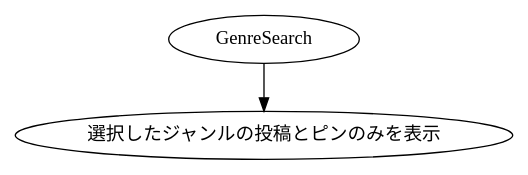
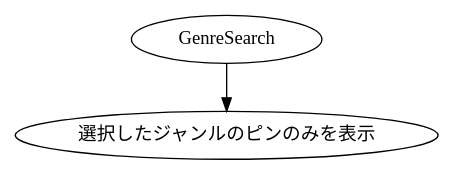
Before and after one commit to KUT-Group12/internal_design: the diagram in dot/marudemaru/UserDisplayGenreSearchResults.dot, drawn with Graphviz. The commit also changed 15 other files, not shown here.

```diff
--- a/dot/marudemaru/UserDisplayGenreSearchResults.dot
+++ b/dot/marudemaru/UserDisplayGenreSearchResults.dot
@@ -1,8 +1,8 @@
 digraph G {
     #include "style.doth"
 
     move[label = "GenreSearch"]
-    view[label = "選択したジャンルの投稿とピンのみを表示"]
+    view[label = "選択したジャンルのピンのみを表示"]
 
     move -> view
 }
```
